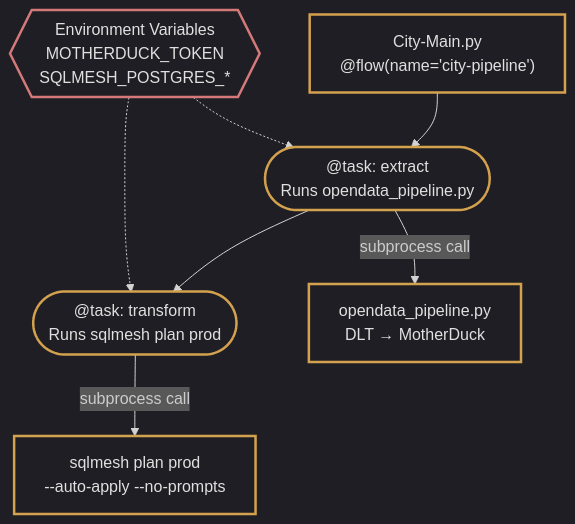
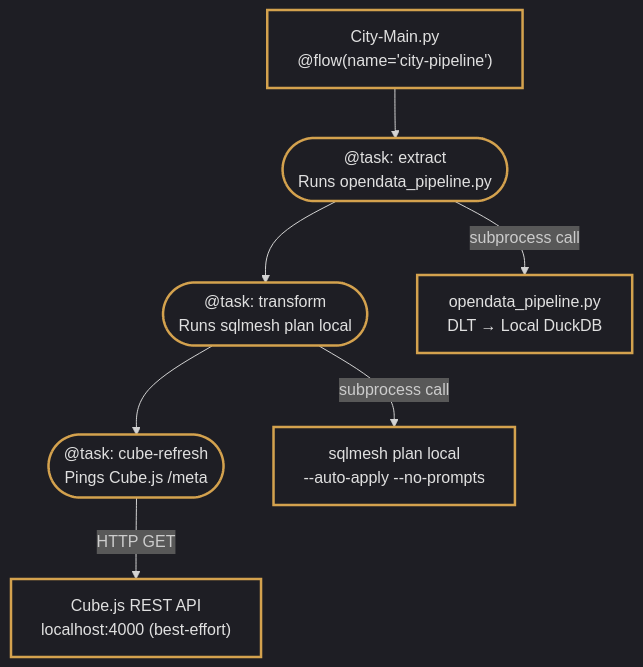
The second of 9 diagrams in Documentation/Architecture/system-architecture.md (MetricForge-Analytics-Inc/MetricForge-City-Foundation), drawn with Mermaid before and after one commit. The commit also changed other lines of this file and 3 other files, not shown here.

First line of the commit message:
docs: update all documentation to reflect current architecture

````diff
--- a/Documentation/Architecture/system-architecture.md
+++ b/Documentation/Architecture/system-architecture.md
@@ -74,19 +74,17 @@
 ```mermaid
 %%{init: {'theme': 'dark', 'themeVariables': {'mainBkg': 'transparent', 'nodeBorder': '#555', 'clusterBkg': 'transparent', 'clusterBorder': '#555'}}}%%
 flowchart TB
     classDef process fill:none,color:#e0e0e0,stroke:#d4a24e,stroke-width:2.5px
     classDef config fill:none,color:#e0e0e0,stroke:#d4797a,stroke-width:2.5px
 
     FLOW["City-Main.py<br/>@flow(name='city-pipeline')"]:::process
     T1(["@task: extract<br/>Runs opendata_pipeline.py"]):::process
-    T2(["@task: transform<br/>Runs sqlmesh plan prod"]):::process
+    T2(["@task: transform<br/>Runs sqlmesh plan local"]):::process
+    T3(["@task: cube-refresh<br/>Pings Cube.js /meta"]):::process
 
-    ENV{{"Environment Variables<br/>MOTHERDUCK_TOKEN<br/>SQLMESH_POSTGRES_*"}}:::config
+    FLOW --> T1 --> T2 --> T3
 
-    FLOW --> T1 --> T2
-    ENV -.-> T1
-    ENV -.-> T2
-
-    T1 -->|subprocess call| EXTRACT["opendata_pipeline.py<br/>DLT → MotherDuck"]:::process
-    T2 -->|subprocess call| SQLMESH["sqlmesh plan prod<br/>--auto-apply --no-prompts"]:::process
+    T1 -->|subprocess call| EXTRACT["opendata_pipeline.py<br/>DLT → Local DuckDB"]:::process
+    T2 -->|subprocess call| SQLMESH["sqlmesh plan local<br/>--auto-apply --no-prompts"]:::process
+    T3 -->|HTTP GET| CUBE["Cube.js REST API<br/>localhost:4000 (best-effort)"]:::process
 ```
````
